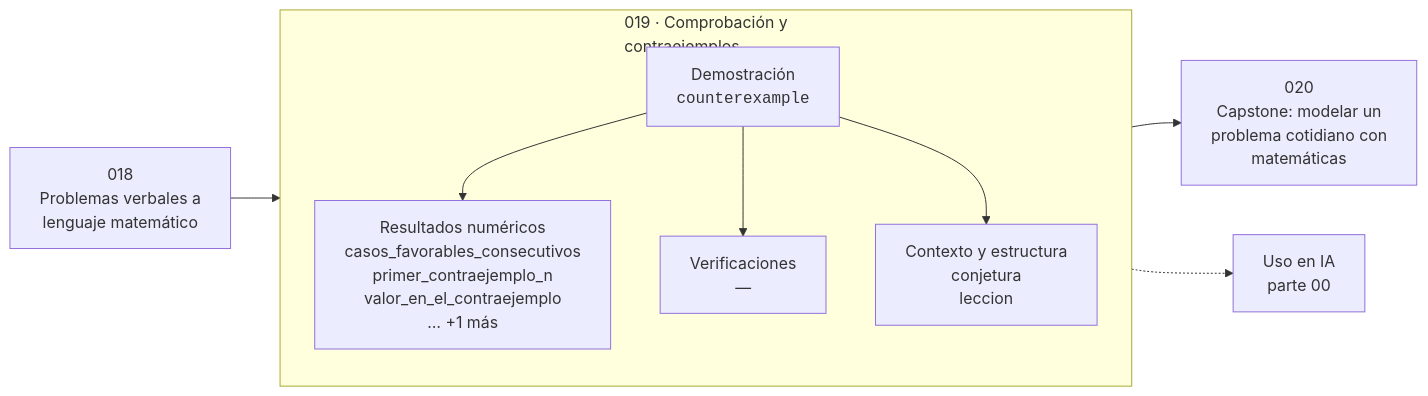
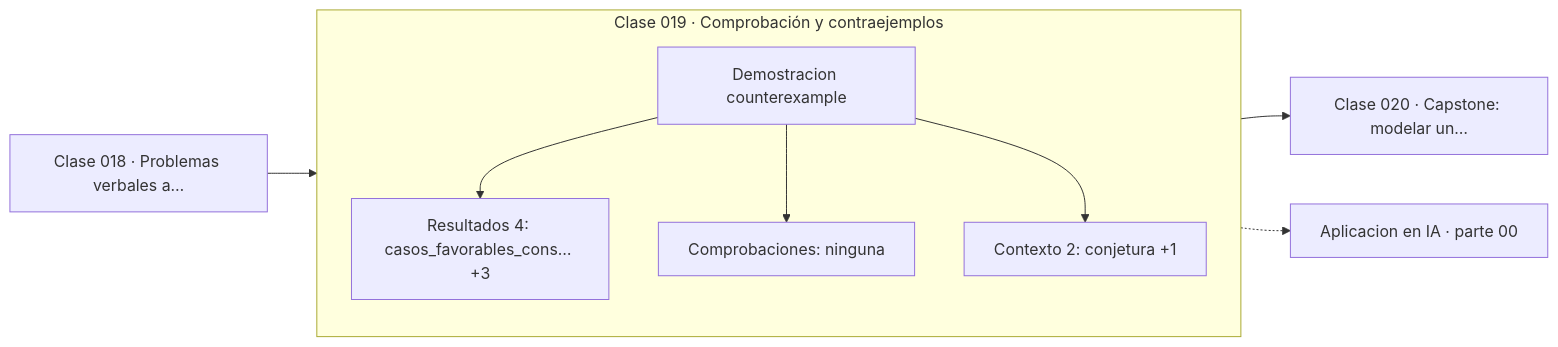
The diagram in classes/part-00-pensamiento-matematico-desde-cero/019-comprobacion-y-contraejemplos/README.md (vladimiracunadev-create/computational-mathematics-program), drawn with Mermaid before and after one commit. The commit also changed 389 other files, not shown here.

First line of the commit message:
fix(diagramas): elimina el HTML de las etiquetas Mermaid

````diff
--- a/classes/part-00-pensamiento-matematico-desde-cero/019-comprobacion-y-contraejemplos/README.md
+++ b/classes/part-00-pensamiento-matematico-desde-cero/019-comprobacion-y-contraejemplos/README.md
@@ -35,12 +35,13 @@
 ```mermaid
 flowchart LR
-    P["018<br/>Problemas verbales a<br/>lenguaje matemático"] --> C
-    subgraph C["019 · Comprobación y<br/>contraejemplos"]
+    P["Clase 018 · Problemas verbales a…"] --> D
+    subgraph CLASE["Clase 019 · Comprobación y contraejemplos"]
         direction TB
-        D["Demostración<br/><code>counterexample</code>"] --> R["Resultados numéricos<br/>casos_favorables_consecutivos<br/>primer_contraejemplo_n<br/>valor_en_el_contraejemplo<br/>… +1 más"]
-        D --> V["Verificaciones<br/>—"]
-        D --> O["Contexto y estructura<br/>conjetura<br/>leccion"]
+        D["Demostracion counterexample"]
+        D --> R["Resultados 4: casos_favorables_cons… +3"]
+        D --> V["Comprobaciones: ninguna"]
+        D --> O["Contexto 2: conjetura +1"]
     end
-    C --> N["020<br/>Capstone: modelar un<br/>problema cotidiano con<br/>matemáticas"]
-    C -.-> IA["Uso en IA<br/>parte 00"]
+    R --> N["Clase 020 · Capstone: modelar un…"]
+    V -.-> IA["Aplicacion en IA · parte 00"]
 ```
````
